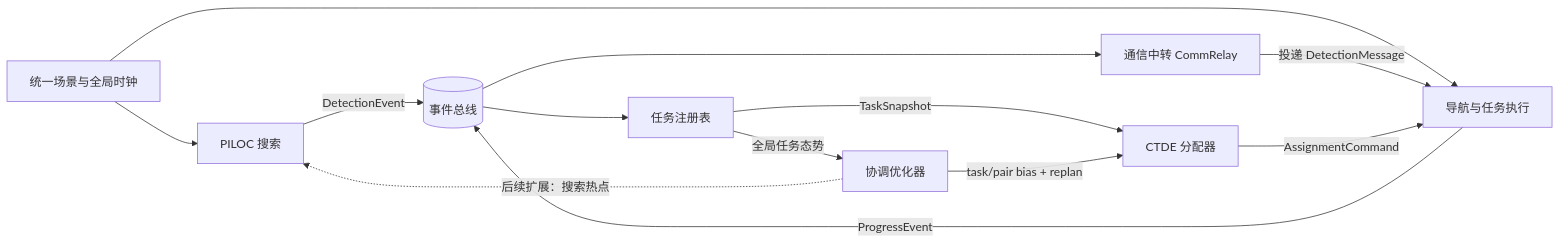
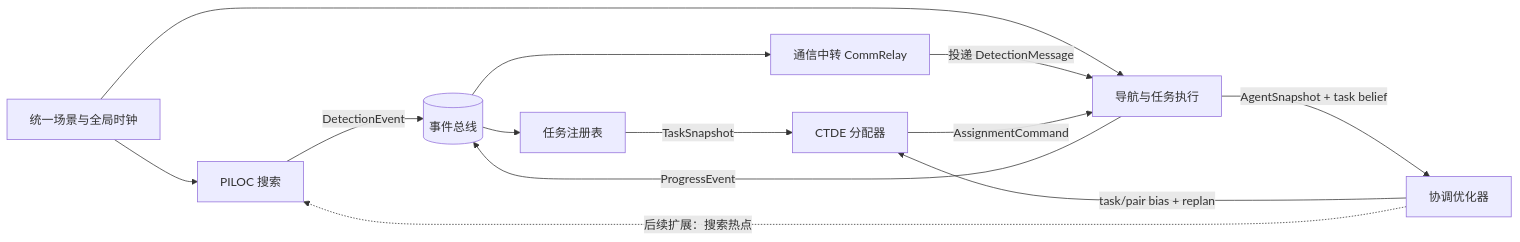
Before and after one commit to rui020726/zhenghe: the diagram in ARCHITECTURE.md, drawn with Mermaid. The commit also changed other lines of this file and 2 other files, not shown here.

````diff
--- a/ARCHITECTURE.md
+++ b/ARCHITECTURE.md
@@ -7,24 +7,24 @@
 ```mermaid
 flowchart LR
     W[统一场景与全局时钟]
     S[PILOC 搜索]
     B[(事件总线)]
     R[任务注册表]
     M[通信中转 CommRelay]
     C[协调优化器]
     A[CTDE 分配器]
     X[导航与任务执行]
 
     W --> S
     W --> X
     S -->|DetectionEvent| B
     X -->|ProgressEvent| B
     B --> R
     B --> M
     M -->|投递 DetectionMessage| X
     R -->|TaskSnapshot| A
-    R -->|全局任务态势| C
+    X -->|AgentSnapshot + task belief| C
     C -->|task/pair bias + replan| A
     A -->|AssignmentCommand| X
     C -.后续扩展：搜索热点.-> S
 ```
````
